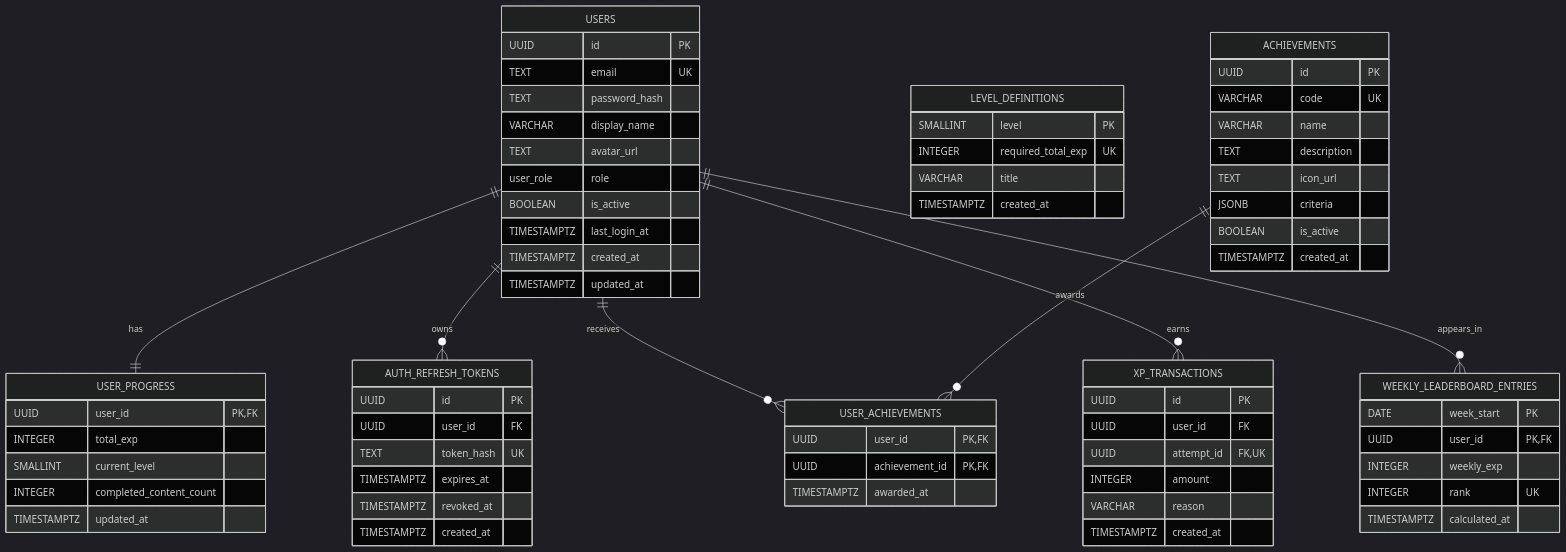
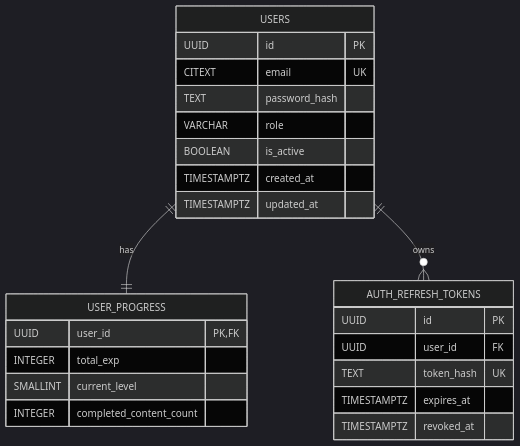
The first of 6 diagrams in docs/05-database.md (mrthinh307/kaiwa-up), drawn with Mermaid (dark theme) before and after one commit. The commit also changed other lines of this file and 29 other files, not shown here.

````diff
--- a/docs/05-database.md
+++ b/docs/05-database.md
@@ -53,73 +32,27 @@
 ```mermaid
 erDiagram
+    USERS ||--|| USER_PROGRESS : has
+    USERS ||--o{ AUTH_REFRESH_TOKENS : owns
     USERS {
         UUID id PK
-        TEXT email UK
+        CITEXT email UK
         TEXT password_hash
-        VARCHAR display_name
-        TEXT avatar_url
-        user_role role
+        VARCHAR role
         BOOLEAN is_active
-        TIMESTAMPTZ last_login_at
         TIMESTAMPTZ created_at
         TIMESTAMPTZ updated_at
     }
     USER_PROGRESS {
-        UUID user_id PK, FK
+        UUID user_id PK,FK
         INTEGER total_exp
         SMALLINT current_level
         INTEGER completed_content_count
-        TIMESTAMPTZ updated_at
     }
     AUTH_REFRESH_TOKENS {
         UUID id PK
         UUID user_id FK
         TEXT token_hash UK
         TIMESTAMPTZ expires_at
         TIMESTAMPTZ revoked_at
-        TIMESTAMPTZ created_at
     }
-    LEVEL_DEFINITIONS {
-        SMALLINT level PK
-        INTEGER required_total_exp UK
-        VARCHAR title
-        TIMESTAMPTZ created_at
-    }
-    ACHIEVEMENTS {
-        UUID id PK
-        VARCHAR code UK
-        VARCHAR name
-        TEXT description
-        TEXT icon_url
-        JSONB criteria
-        BOOLEAN is_active
-        TIMESTAMPTZ created_at
-    }
-    USER_ACHIEVEMENTS {
-        UUID user_id PK, FK
-        UUID achievement_id PK, FK
-        TIMESTAMPTZ awarded_at
-    }
-    XP_TRANSACTIONS {
-        UUID id PK
-        UUID user_id FK
-        UUID attempt_id FK, UK
-        INTEGER amount
-        VARCHAR reason
-        TIMESTAMPTZ created_at
-    }
-    WEEKLY_LEADERBOARD_ENTRIES {
-        DATE week_start PK
-        UUID user_id PK, FK
-        INTEGER weekly_exp
-        INTEGER rank UK
-        TIMESTAMPTZ calculated_at
-    }
-
-    USERS ||--|| USER_PROGRESS : has
-    USERS ||--o{ AUTH_REFRESH_TOKENS : owns
-    USERS ||--o{ USER_ACHIEVEMENTS : receives
-    ACHIEVEMENTS ||--o{ USER_ACHIEVEMENTS : awards
-    USERS ||--o{ XP_TRANSACTIONS : earns
-    USERS ||--o{ WEEKLY_LEADERBOARD_ENTRIES : appears_in
 ```
````
